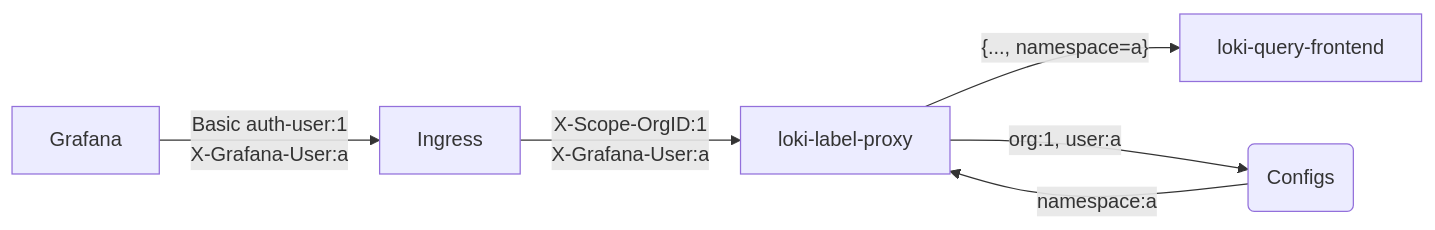
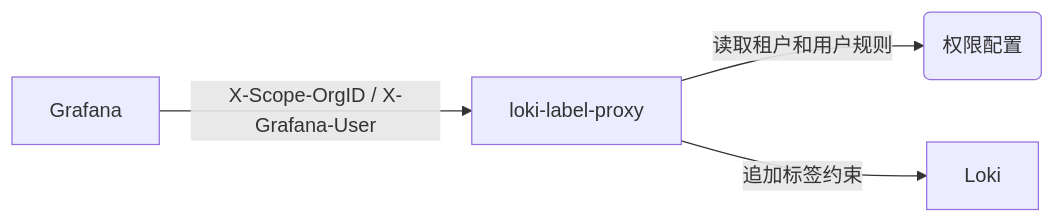
One commit to jinsuojinsuo/loki-label-proxy changed the diagram in Readme.md. Above: the diagram before and after it, drawn with Mermaid. The commit also changed other lines of this file, not shown here.

````diff
--- a/Readme.md
+++ b/Readme.md
@@ -7,6 +5,6 @@
 ```mermaid
 flowchart LR
-Grafana -->|Basic auth-user:1\nX-Grafana-User:a| Ingress -->|X-Scope-OrgID:1\nX-Grafana-User:a| loki-label-proxy -->|"{..., namespace=a}"| loki-query-frontend
-loki-label-proxy -->|org:1, user:a| C(Configs)
-C -->|namespace:a| loki-label-proxy
+Grafana -->|X-Scope-OrgID / X-Grafana-User| loki-label-proxy
+loki-label-proxy -->|读取租户和用户规则| C(权限配置)
+loki-label-proxy -->|追加标签约束| Loki
 ```
````
